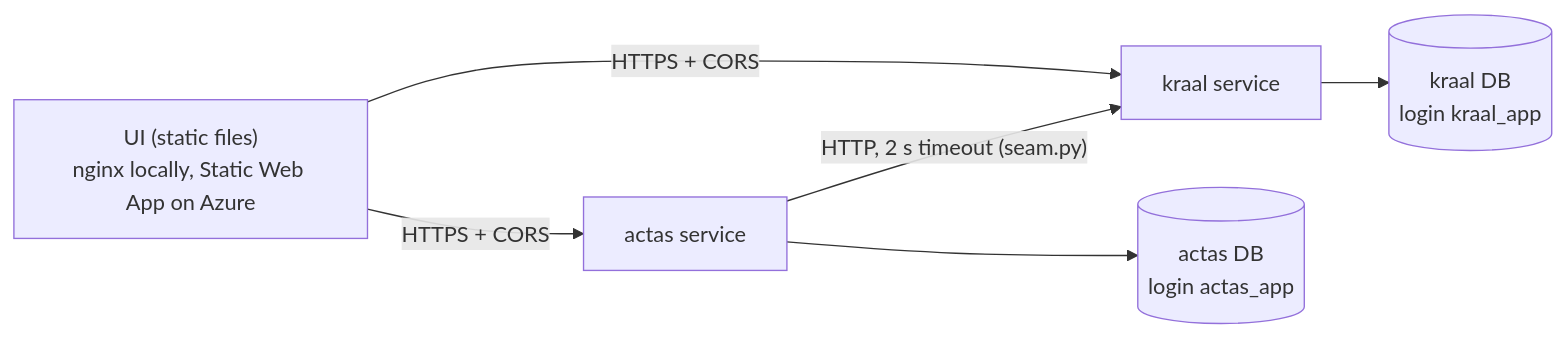
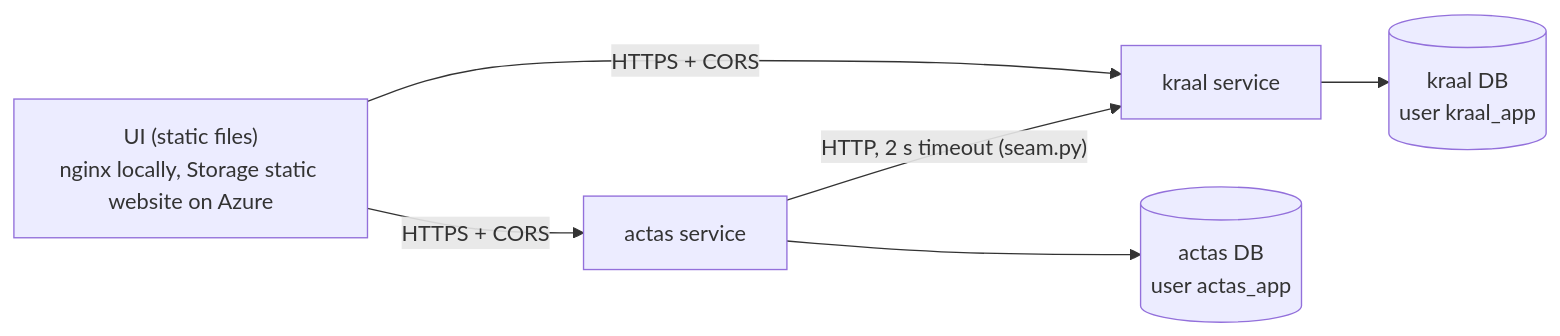
Before and after one commit to oliespineira/guidesSystem: the diagram in README.md, drawn with Mermaid. The commit also changed other lines of this file, not shown here.

Commit message:
README: final version (single-service steps fixed, migrations section, CI/CD and Azure resources complete)

````diff
--- a/README.md
+++ b/README.md
@@ -11,8 +11,8 @@
 ```mermaid
 flowchart LR
-  UI["UI (static files)<br/>nginx locally, Static Web App on Azure"] -->|HTTPS + CORS| K[kraal service]
+  UI["UI (static files)<br/>nginx locally, Storage static website on Azure"] -->|HTTPS + CORS| K[kraal service]
   UI -->|HTTPS + CORS| A[actas service]
   A -->|"HTTP, 2 s timeout (seam.py)"| K
-  K --> KDB[("kraal DB<br/>login kraal_app")]
-  A --> ADB[("actas DB<br/>login actas_app")]
+  K --> KDB[("kraal DB<br/>user kraal_app")]
+  A --> ADB[("actas DB<br/>user actas_app")]
 ```
````
